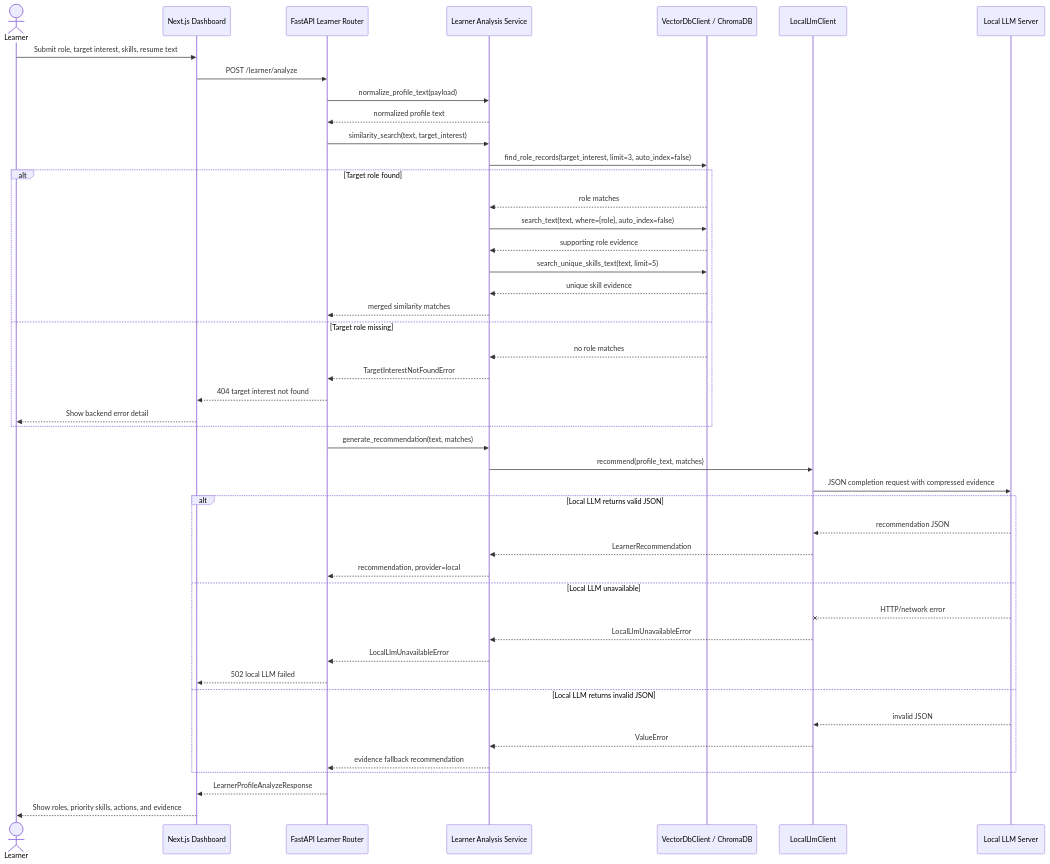
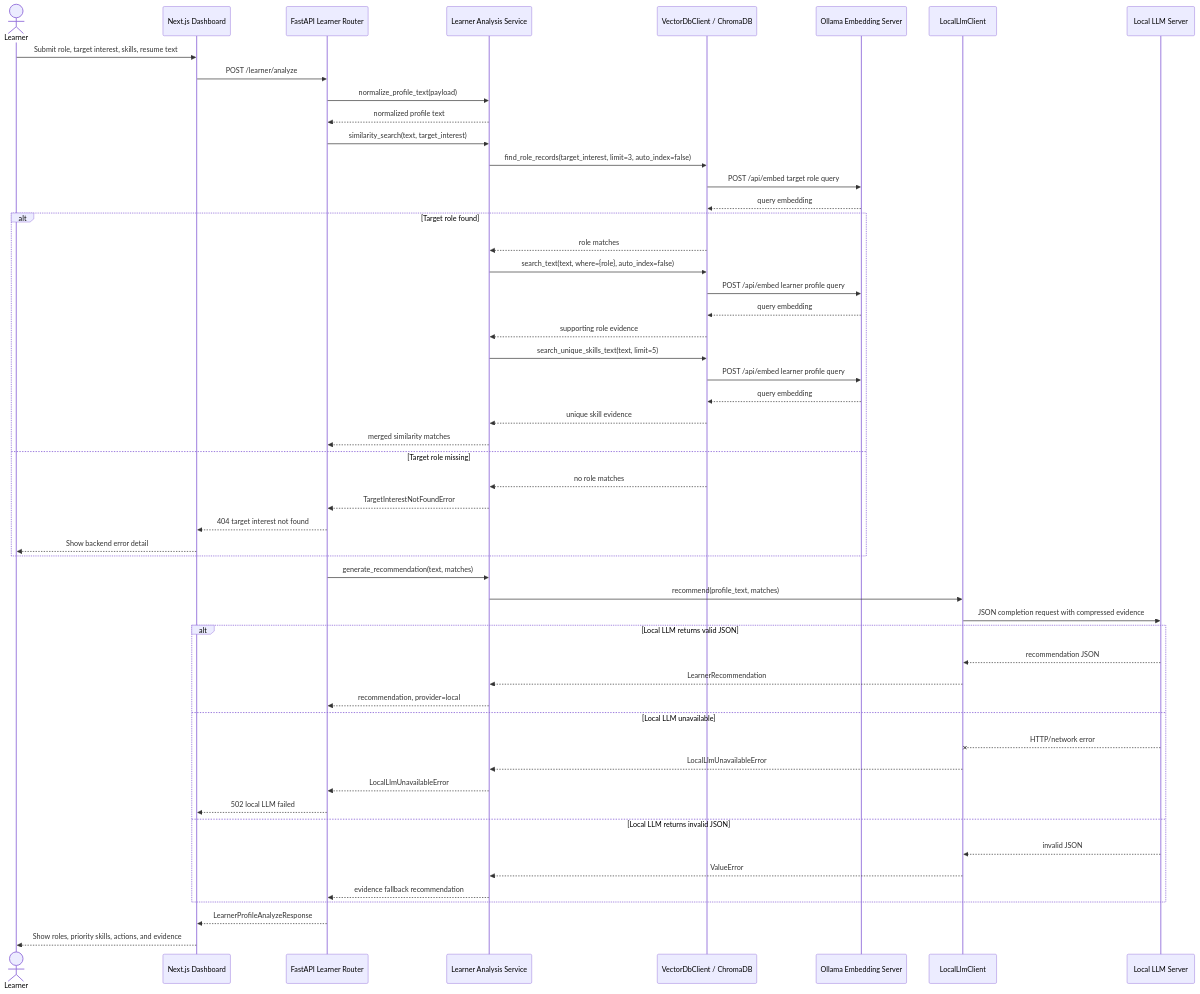
One commit to wstannnnn/pycon26-track1 changed the second of 2 diagrams in pycon26/docs/uml-diagrams.md. Above: the diagram before and after it, drawn with Mermaid. The commit also changed other lines of this file and 11 other files, not shown here.

````diff
--- a/pycon26/docs/uml-diagrams.md
+++ b/pycon26/docs/uml-diagrams.md
@@ -98,54 +128,61 @@
 ```mermaid
 sequenceDiagram
     actor Learner
     participant Frontend as Next.js Dashboard
     participant Router as FastAPI Learner Router
     participant Service as Learner Analysis Service
     participant VectorDB as VectorDbClient / ChromaDB
+    participant Embedder as Ollama Embedding Server
     participant LLM as LocalLlmClient
     participant Model as Local LLM Server
 
     Learner->>Frontend: Submit role, target interest, skills, resume text
     Frontend->>Router: POST /learner/analyze
     Router->>Service: normalize_profile_text(payload)
     Service-->>Router: normalized profile text
 
     Router->>Service: similarity_search(text, target_interest)
     Service->>VectorDB: find_role_records(target_interest, limit=3, auto_index=false)
+    VectorDB->>Embedder: POST /api/embed target role query
+    Embedder-->>VectorDB: query embedding
 
     alt Target role found
         VectorDB-->>Service: role matches
         Service->>VectorDB: search_text(text, where={role}, auto_index=false)
+        VectorDB->>Embedder: POST /api/embed learner profile query
+        Embedder-->>VectorDB: query embedding
         VectorDB-->>Service: supporting role evidence
         Service->>VectorDB: search_unique_skills_text(text, limit=5)
+        VectorDB->>Embedder: POST /api/embed learner profile query
+        Embedder-->>VectorDB: query embedding
         VectorDB-->>Service: unique skill evidence
         Service-->>Router: merged similarity matches
     else Target role missing
         VectorDB-->>Service: no role matches
         Service-->>Router: TargetInterestNotFoundError
         Router-->>Frontend: 404 target interest not found
         Frontend-->>Learner: Show backend error detail
     end
 
     Router->>Service: generate_recommendation(text, matches)
     Service->>LLM: recommend(profile_text, matches)
     LLM->>Model: JSON completion request with compressed evidence
 
     alt Local LLM returns valid JSON
         Model-->>LLM: recommendation JSON
         LLM-->>Service: LearnerRecommendation
         Service-->>Router: recommendation, provider=local
     else Local LLM unavailable
         Model--xLLM: HTTP/network error
         LLM-->>Service: LocalLlmUnavailableError
         Service-->>Router: LocalLlmUnavailableError
         Router-->>Frontend: 502 local LLM failed
     else Local LLM returns invalid JSON
         Model-->>LLM: invalid JSON
         LLM-->>Service: ValueError
         Service-->>Router: evidence fallback recommendation
     end
 
     Router-->>Frontend: LearnerProfileAnalyzeResponse
     Frontend-->>Learner: Show roles, priority skills, actions, and evidence
 ```
````
